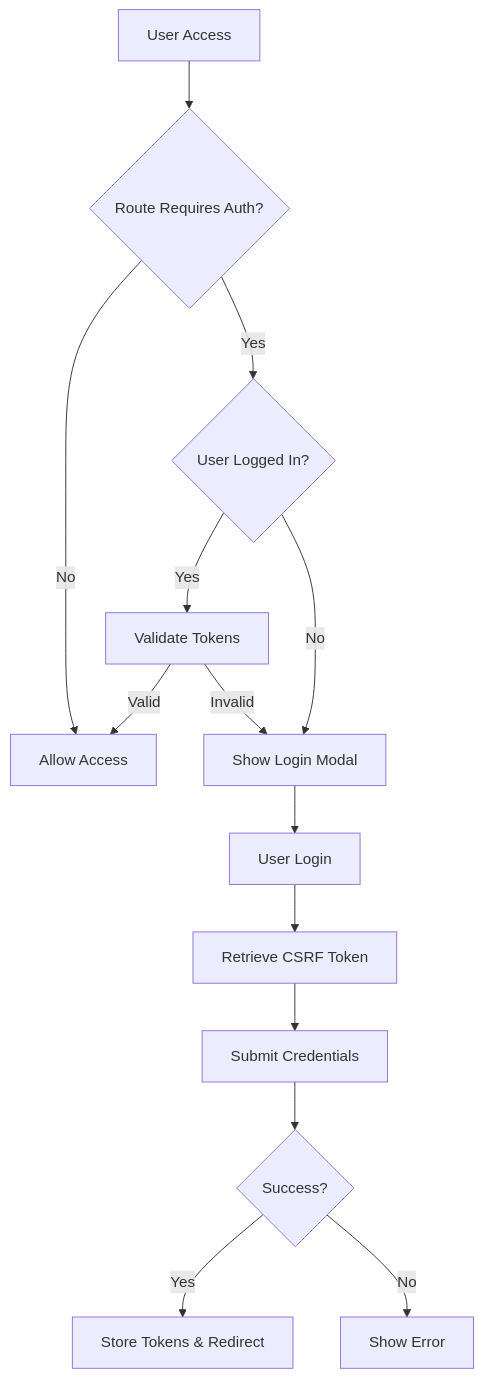
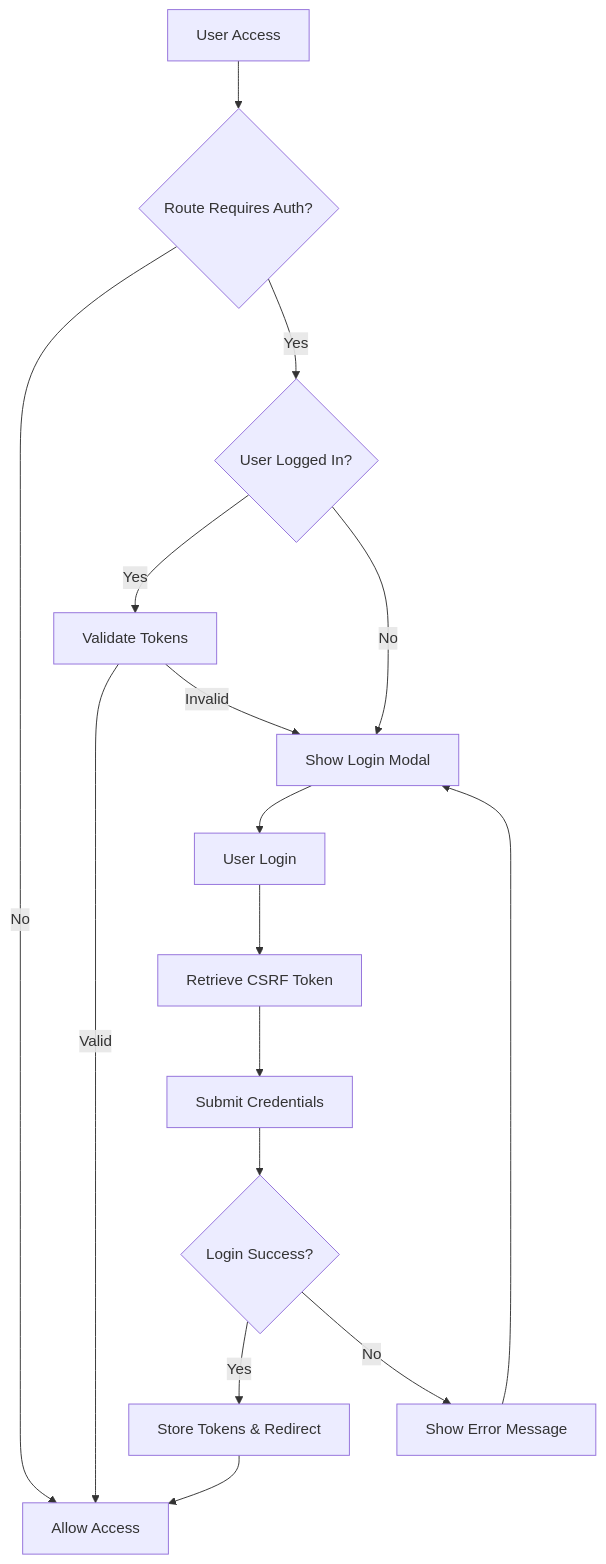
One commit to CSchotborgh/ecx-web-ui-main-september changed the second of 3 diagrams in README.md. Above: the diagram before and after it, drawn with Mermaid. The commit also changed other lines of this file, not shown here.

````diff
--- a/README.md
+++ b/README.md
@@ -97,16 +165,18 @@
 ```mermaid
 graph TD
     A[User Access] --> B{Route Requires Auth?}
     B -->|No| C[Allow Access]
     B -->|Yes| D{User Logged In?}
     D -->|Yes| E[Validate Tokens]
     D -->|No| F[Show Login Modal]
     E -->|Valid| C
     E -->|Invalid| F
     F --> G[User Login]
     G --> H[Retrieve CSRF Token]
     H --> I[Submit Credentials]
-    I --> J{Success?}
+    I --> J{Login Success?}
     J -->|Yes| K[Store Tokens & Redirect]
-    J -->|No| L[Show Error]
+    J -->|No| L[Show Error Message]
+    K --> C
+    L --> F
 ```
````
